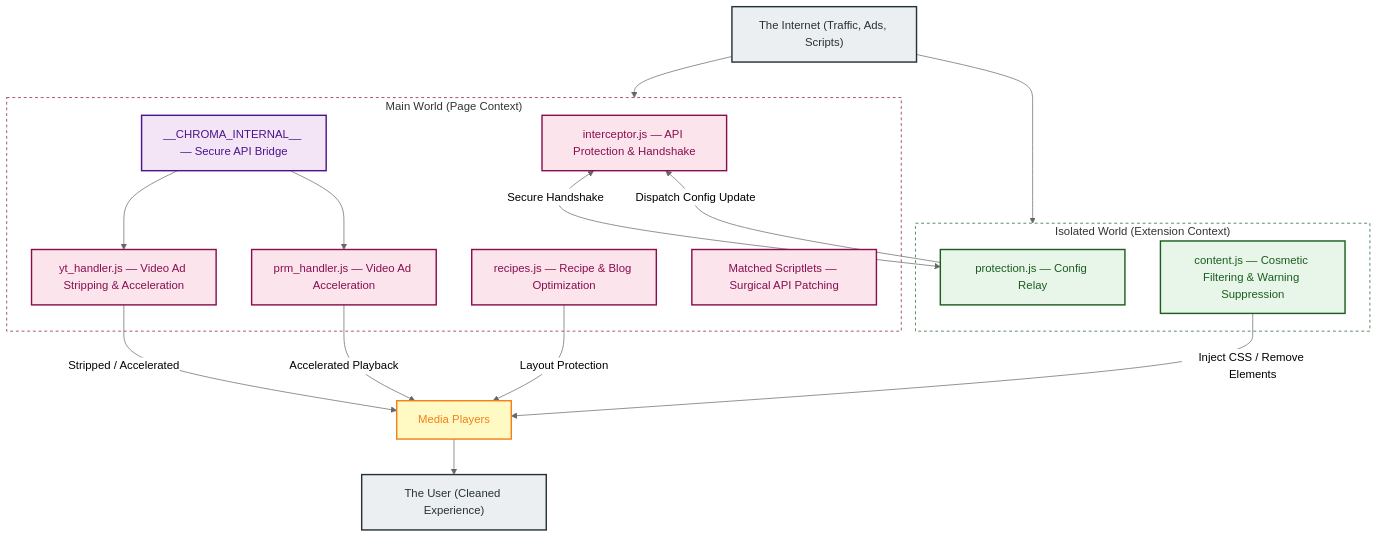
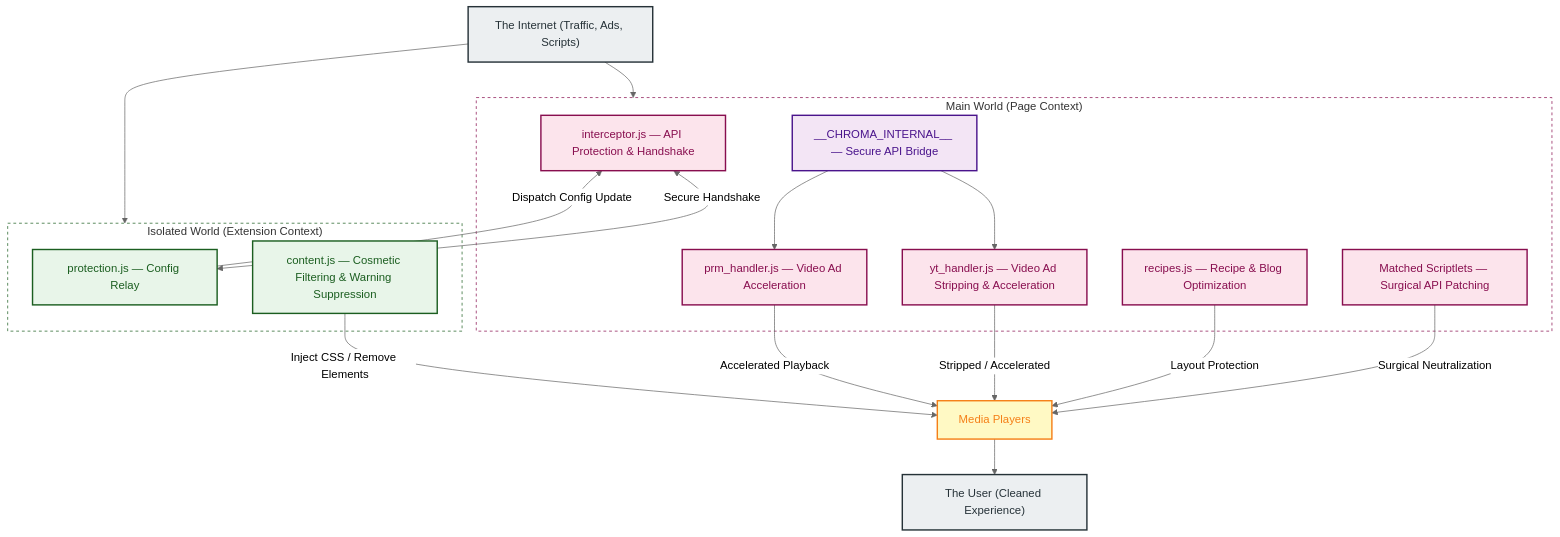
One commit to Dabrogost/Chroma-Ad-Blocker changed the first of 2 diagrams in README.md. Above: the diagram before and after it, drawn with Mermaid (neutral theme).

````diff
--- a/README.md
+++ b/README.md
@@ -29,45 +29,46 @@
 ```mermaid
 graph TD
     classDef main     fill:#fce4ec,color:#880e4f,stroke:#880e4f,stroke-width:2px
     classDef secure   fill:#f3e5f5,color:#4a148c,stroke:#4a148c,stroke-width:2px
     classDef isolated fill:#e8f5e9,color:#1b5e20,stroke:#1b5e20,stroke-width:2px
     classDef dom      fill:#fff9c4,color:#f57f17,stroke:#f57f17,stroke-width:2px
     classDef actor    fill:#eceff1,color:#263238,stroke:#263238,stroke-width:2px
 
     INTERNET["The Internet (Traffic, Ads, Scripts)"]:::actor
 
     subgraph MW["Main World (Page Context)"]
         INTERCEPT["interceptor.js — API Protection & Handshake"]:::main
         BRIDGE["__CHROMA_INTERNAL__ — Secure API Bridge"]:::secure
         YT_H["yt_handler.js — Video Ad Stripping & Acceleration"]:::main
         PRM_H["prm_handler.js — Video Ad Acceleration"]:::main
         RECIPES["recipes.js — Recipe & Blog Optimization"]:::main
         SCRIPTS["Matched Scriptlets — Surgical API Patching"]:::main
     end
 
     subgraph IW["Isolated World (Extension Context)"]
         PROT["protection.js — Config Relay"]:::isolated
         CONT["content.js — Cosmetic Filtering & Warning Suppression"]:::isolated
     end
 
     PLAYER["Media Players"]:::dom
     USER["The User (Cleaned Experience)"]:::actor
 
     INTERNET --> MW
     INTERNET --> IW
 
     INTERCEPT <-->|"Secure Handshake"| PROT
     PROT -->|"Dispatch Config Update"| INTERCEPT
 
     BRIDGE --> YT_H
     BRIDGE --> PRM_H
     YT_H -->|"Stripped / Accelerated"| PLAYER
     PRM_H -->|"Accelerated Playback"| PLAYER
     RECIPES -->|"Layout Protection"| PLAYER
     CONT -->|"Inject CSS / Remove Elements"| PLAYER
+    SCRIPTS -->|"Surgical Neutralization"| PLAYER
 
     PLAYER --> USER
 
     style MW fill:none,stroke:#880e4f,stroke-width:1px,stroke-dasharray:4
     style IW fill:none,stroke:#1b5e20,stroke-width:1px,stroke-dasharray:4
 ```
````
